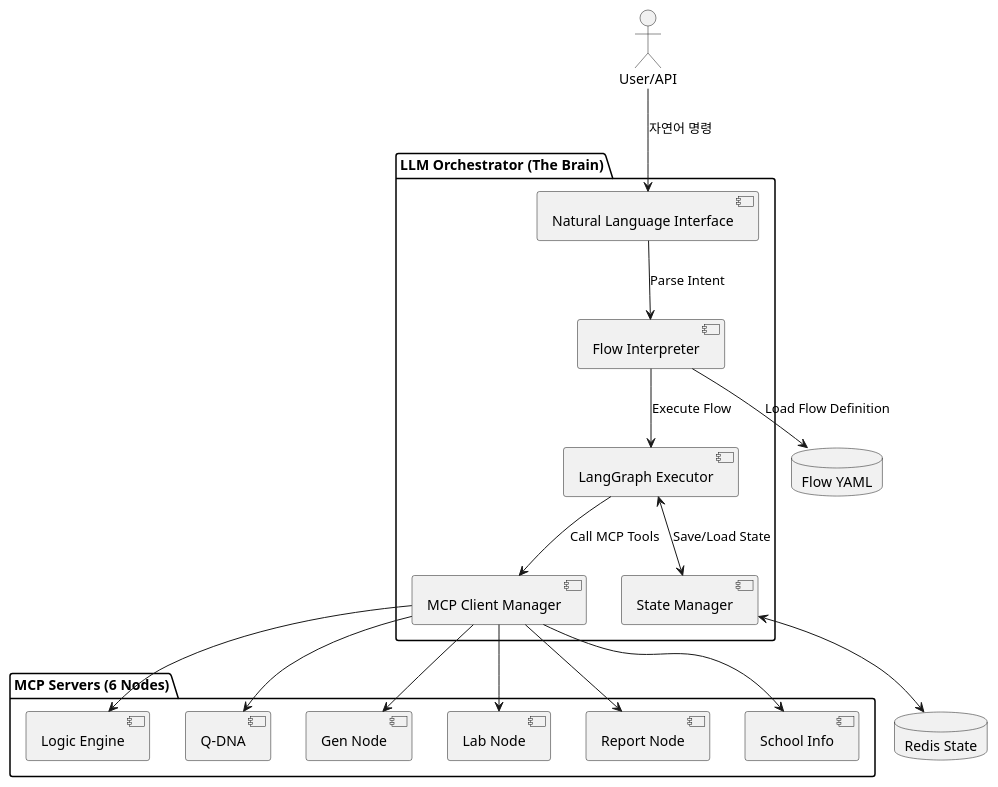
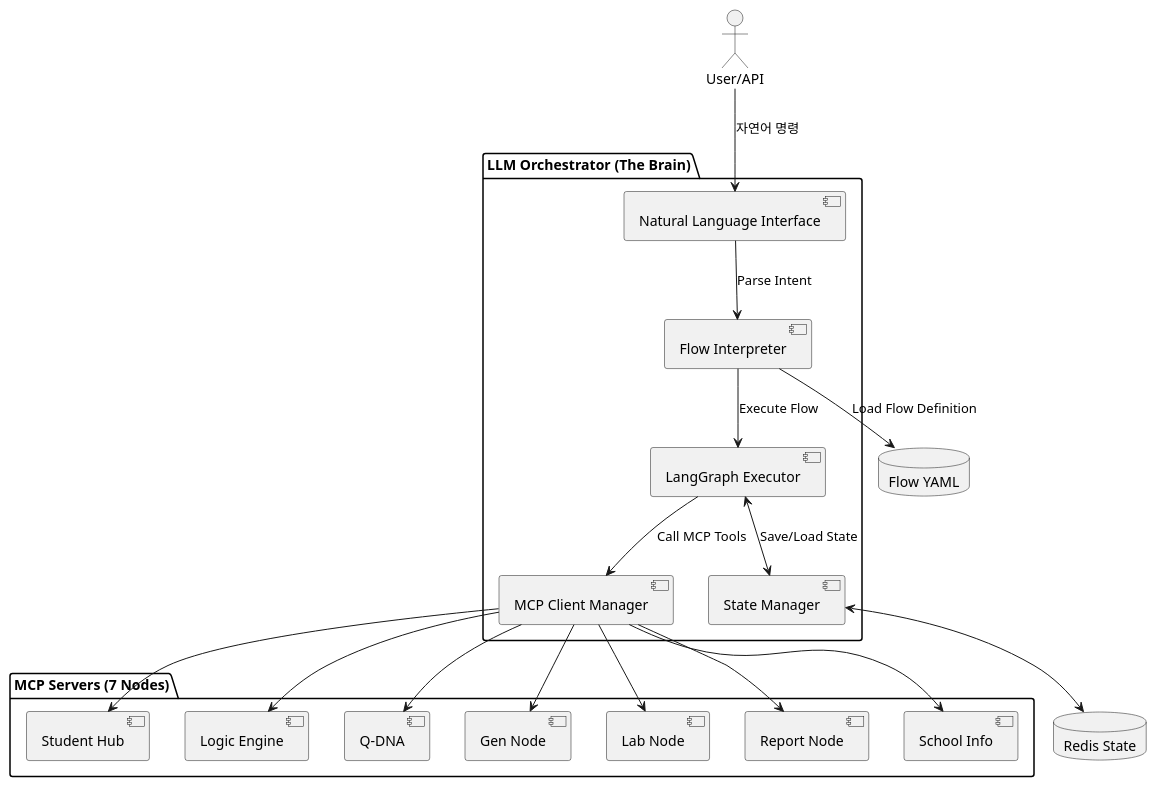
Before and after one commit to sigongjoa/mathesis: the first of 2 diagrams in architecture/LLM_ORCHESTRATOR.md, drawn with PlantUML. The commit also changed other lines of this file and 29 other files, not shown here.

````diff
--- a/architecture/LLM_ORCHESTRATOR.md
+++ b/architecture/LLM_ORCHESTRATOR.md
@@ -44,38 +59,40 @@
 ```plantuml
 @startuml
 package "LLM Orchestrator (The Brain)" {
     [Natural Language Interface] as NLI
     [Flow Interpreter] as FI
     [LangGraph Executor] as LGE
     [MCP Client Manager] as MCM
     [State Manager] as SM
 }
 
-package "MCP Servers (6 Nodes)" {
+package "MCP Servers (7 Nodes)" {
+    [Student Hub] as N0
     [Logic Engine] as N1
     [Q-DNA] as N2
     [Gen Node] as N3
     [Lab Node] as N4
     [Report Node] as N5
     [School Info] as N6
 }
 
 actor "User/API" as User
 database "Flow YAML" as YAML
 database "Redis State" as Redis
 
 User --> NLI: 자연어 명령
 NLI --> FI: Parse Intent
 FI --> YAML: Load Flow Definition
 FI --> LGE: Execute Flow
 LGE --> MCM: Call MCP Tools
+MCM --> N0
 MCM --> N1
 MCM --> N2
 MCM --> N3
 MCM --> N4
 MCM --> N5
 MCM --> N6
 LGE <--> SM: Save/Load State
 SM <--> Redis
 @enduml
 ```
````
